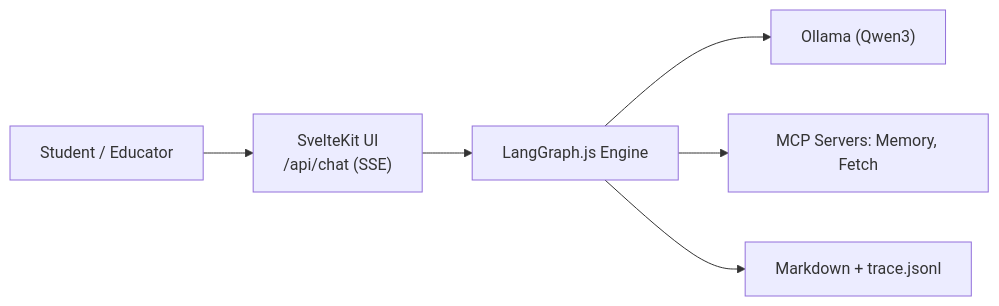
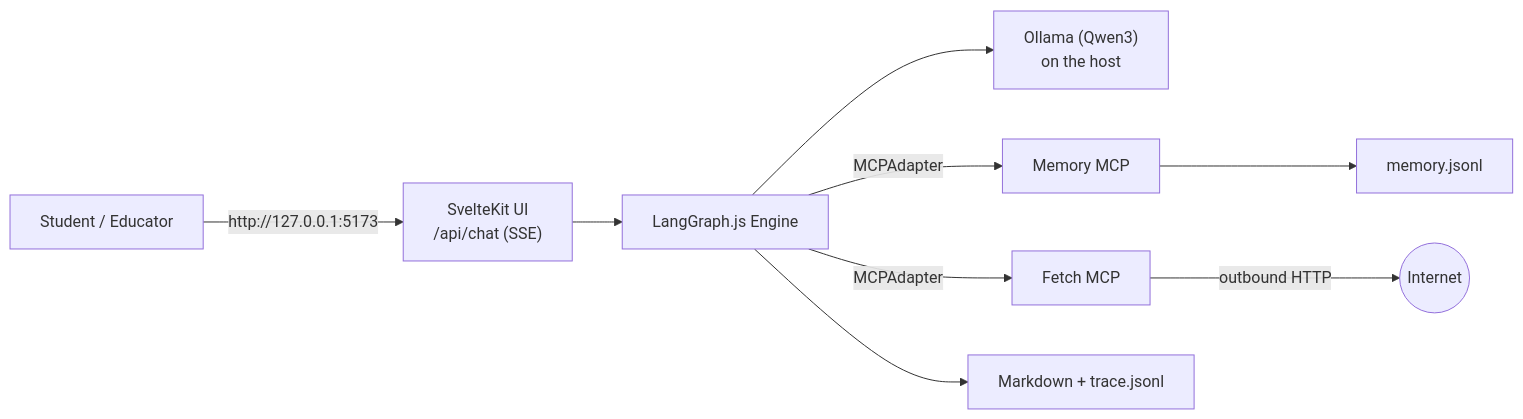
One commit to cognokratos/sophos-agent changed the diagram in docs/architecture/2-high-level-architecture.md. Above: the diagram before and after it, drawn with Mermaid. The commit also changed other lines of this file and 48 other files, not shown here.

````diff
--- a/docs/architecture/2-high-level-architecture.md
+++ b/docs/architecture/2-high-level-architecture.md
@@ -10,8 +10,11 @@
 ```mermaid
 flowchart LR
-  U[Student / Educator] --> FE["SvelteKit UI<br/>/api/chat (SSE)"]
+  U[Student / Educator] -->|"http://127.0.0.1:5173"| FE["SvelteKit UI<br/>/api/chat (SSE)"]
   FE --> LG[LangGraph.js Engine]
-  LG --> OL["Ollama (Qwen3)"]
-  LG --> MCP[MCP Servers: Memory, Fetch]
+  LG --> OL["Ollama (Qwen3)<br/>on the host"]
+  LG -->|MCPAdapter| MEM[Memory MCP]
+  LG -->|MCPAdapter| FET[Fetch MCP]
+  FET -->|outbound HTTP| NET((Internet))
   LG --> LOG[Markdown + trace.jsonl]
+  MEM --> KG[memory.jsonl]
 ```
````
